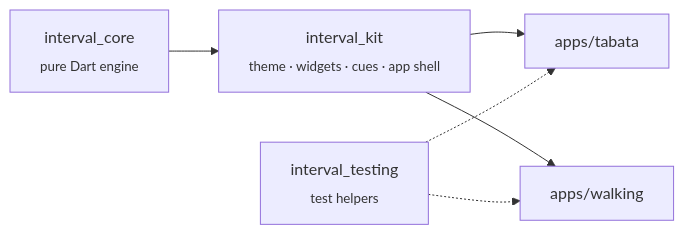
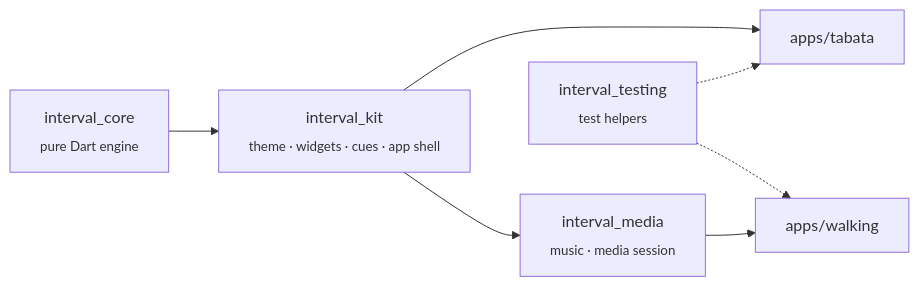
The diagram in README.md (LLarean/interval-apps), drawn with Mermaid before and after one commit. The commit also changed other lines of this file and 2 other files, not shown here.

Commit message:
docs: show the walking playlist screen in the README

````diff
--- a/README.md
+++ b/README.md
@@ -31,8 +32,9 @@
 ```mermaid
 flowchart LR
   core["interval_core<br><sub>pure Dart engine</sub>"] --> kit["interval_kit<br><sub>theme · widgets · cues · app shell</sub>"]
   kit --> tabata["apps/tabata"]
-  kit --> walking["apps/walking"]
+  kit --> media["interval_media<br><sub>music · media session</sub>"]
+  media --> walking["apps/walking"]
   testing["interval_testing<br><sub>test helpers</sub>"] -.-> tabata
   testing -.-> walking
 ```
````
